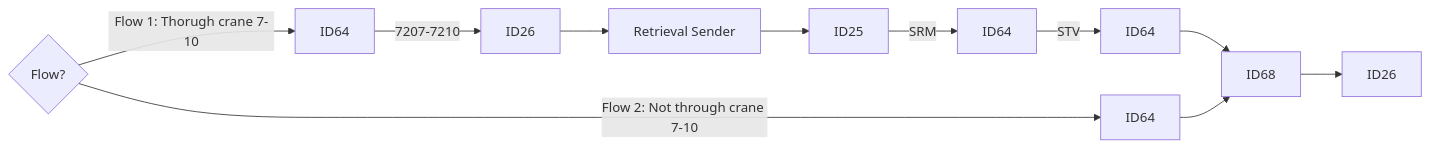
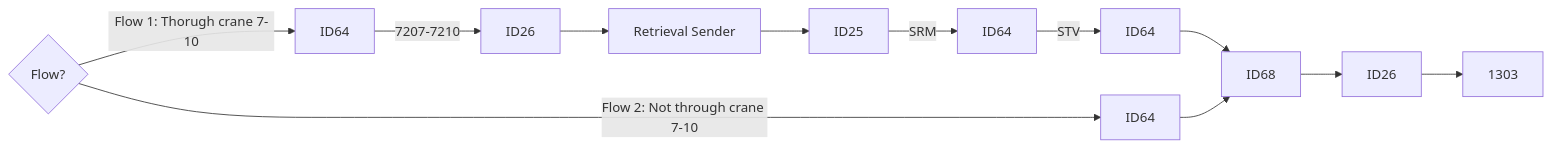
One commit to luthfiadityaa/SimeDarby-Wiki changed the second of 7 diagrams in Basic-Design/DFD-WMS/Retrieval/QC-Setting/Retrieval-for-QC-Start.md. Above: the diagram before and after it, drawn with Mermaid.

Commit message:
Updated Retrieval for QC Start

```diff
--- a/Basic-Design/DFD-WMS/Retrieval/QC-Setting/Retrieval-for-QC-Start.md
+++ b/Basic-Design/DFD-WMS/Retrieval/QC-Setting/Retrieval-for-QC-Start.md
@@ -17,8 +17,8 @@
 ::: mermaid
 flowchart LR
 
 Cond1{Flow?} 
 
 Cond1{Flow?}--> |Flow 1: Thorugh crane 7-10| P5[ID64]--> |7207-7210| P8[ID26]-->P9[Retrieval Sender]-->P10[ID25]--> |SRM| P11[ID64]--> |STV| P12[ID64]--> P7[ID68]
-Cond1{Flow?}--> |Flow 2: Not through crane 7-10| P6[ID64]--> P7[ID68]--> P81[ID26]
+Cond1{Flow?}--> |Flow 2: Not through crane 7-10| P6[ID64]--> P7[ID68]--> P81[ID26]-->P13[1303]
 :::
```
